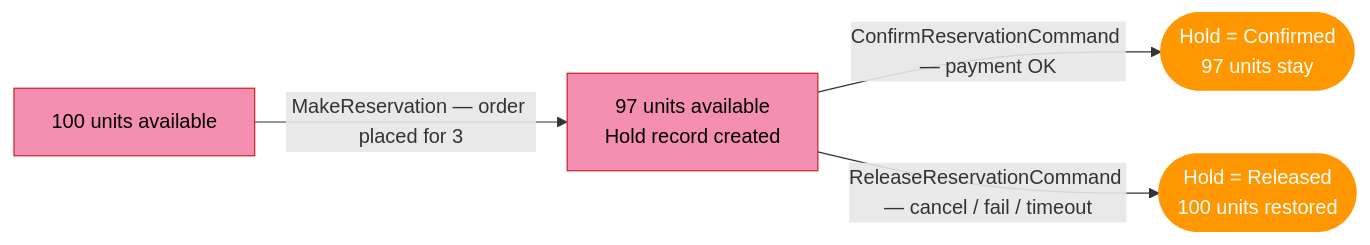
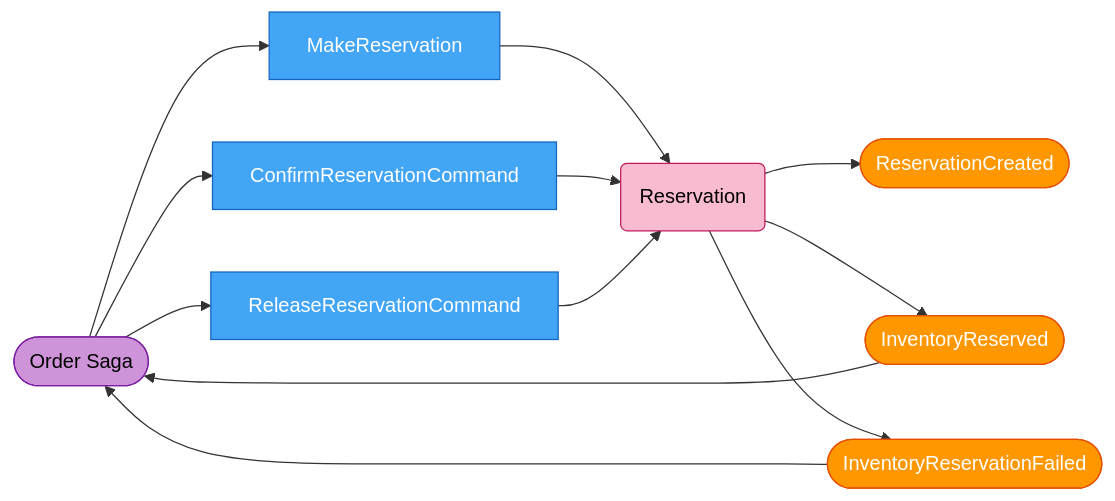
Before and after one commit to mnnam1302/EShop: the sixth of 13 diagrams in Inventory/src/EShop.Inventory.API/README.md, drawn with Mermaid. The commit also changed other lines of this file and 105 other files, not shown here.

First line of the commit message:
[EShop-2606] Introduce Finance service + Place-Order saga payment step (#71)

````diff
--- a/Inventory/src/EShop.Inventory.API/README.md
+++ b/Inventory/src/EShop.Inventory.API/README.md
@@ -34,15 +149,14 @@
 ```mermaid
-flowchart LR
-    classDef command fill:#42a5f5,color:#fff,stroke:none
-    classDef event   fill:#ff9800,color:#fff,stroke:none
-    classDef agg     fill:#f48fb1,color:#000,stroke:#c62828
+graph LR
+    SAGA([Order Saga]):::policy --> MR[MakeReservation]:::command --> RES(Reservation):::aggregate
+    RES --> RC([ReservationCreated]):::event
+    RES --> IR([InventoryReserved]):::event --> SAGA
+    RES --> IRF([InventoryReservationFailed]):::event --> SAGA
+    SAGA --> CR[ConfirmReservationCommand]:::command --> RES
+    SAGA --> RR[ReleaseReservationCommand]:::command --> RES
 
-    A[100 units available]:::agg
-    B[97 units available<br/>Hold record created]:::agg
-    C([Hold = Confirmed<br/>97 units stay]):::event
-    D([Hold = Released<br/>100 units restored]):::event
-
-    A -->|"MakeReservation — order placed for 3"| B
-    B -->|"ConfirmReservationCommand — payment OK"| C
-    B -->|"ReleaseReservationCommand — cancel / fail / timeout"| D
+    classDef command  fill:#42a5f5,stroke:#1565c0,color:#fff
+    classDef aggregate fill:#f8bbd0,stroke:#c2185b,color:#000
+    classDef event    fill:#ff9800,stroke:#e65100,color:#fff
+    classDef policy   fill:#ce93d8,stroke:#7b1fa2,color:#000
 ```
````
